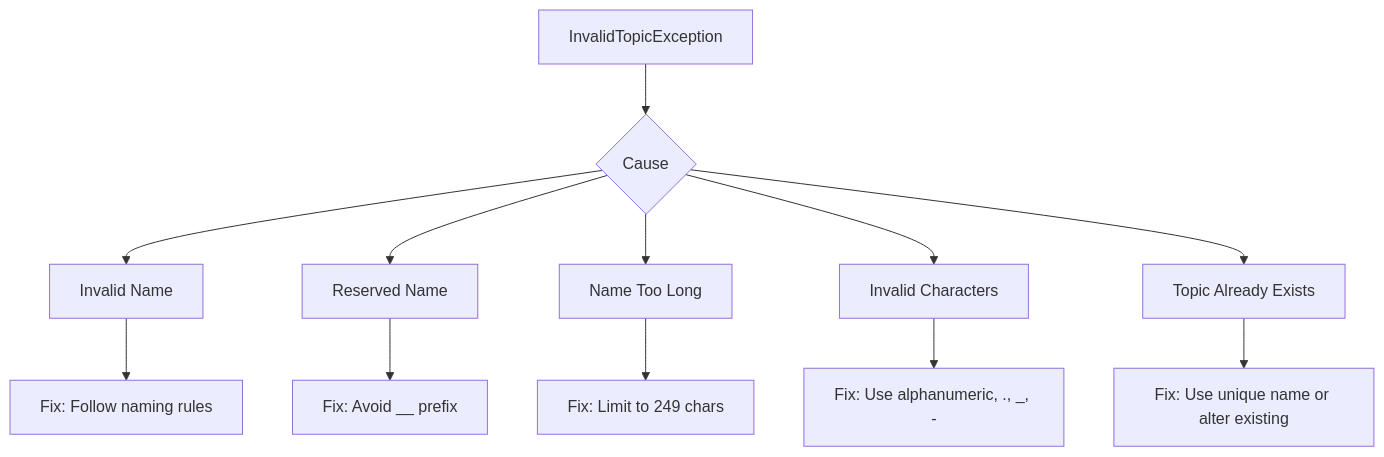
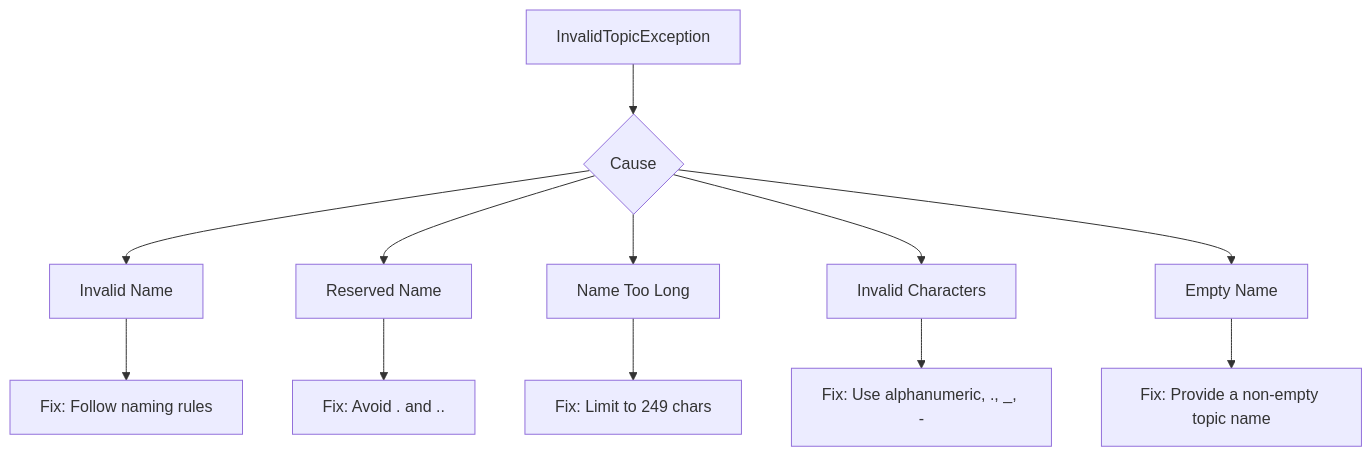
Before and after one commit to OneUptime/blog: the first of 2 diagrams in posts/2026-01-24-fix-invalidtopicexception-kafka/README.md, drawn with Mermaid. The commit also changed other lines of this file and 4262 other files, not shown here.

````diff
--- a/posts/2026-01-24-fix-invalidtopicexception-kafka/README.md
+++ b/posts/2026-01-24-fix-invalidtopicexception-kafka/README.md
@@ -15,15 +15,15 @@
 ```mermaid
 flowchart TB
     A[InvalidTopicException] --> B{Cause}
     B --> C[Invalid Name]
     B --> D[Reserved Name]
     B --> E[Name Too Long]
     B --> F[Invalid Characters]
-    B --> G[Topic Already Exists]
+    B --> G[Empty Name]
 
     C --> H[Fix: Follow naming rules]
-    D --> I[Fix: Avoid __ prefix]
+    D --> I[Fix: Avoid . and ..]
     E --> J[Fix: Limit to 249 chars]
     F --> K[Fix: Use alphanumeric, ., _, -]
-    G --> L[Fix: Use unique name or alter existing]
+    G --> L[Fix: Provide a non-empty topic name]
 ```
````
